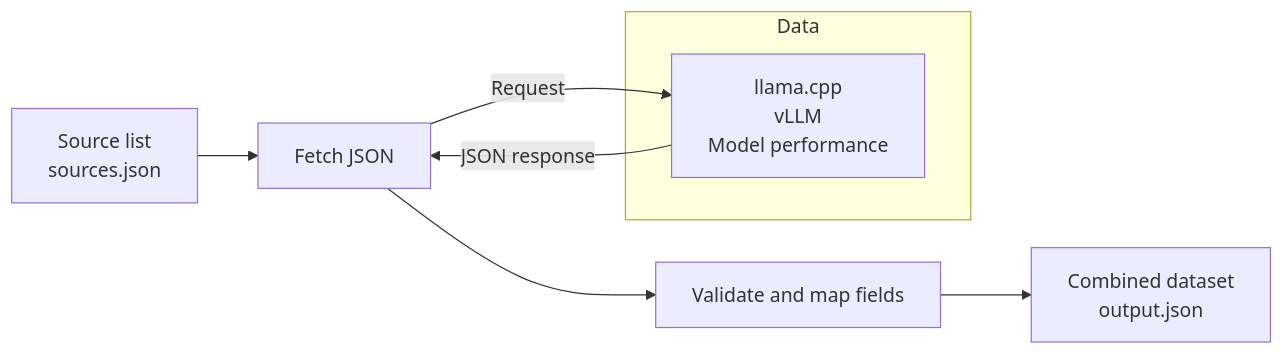
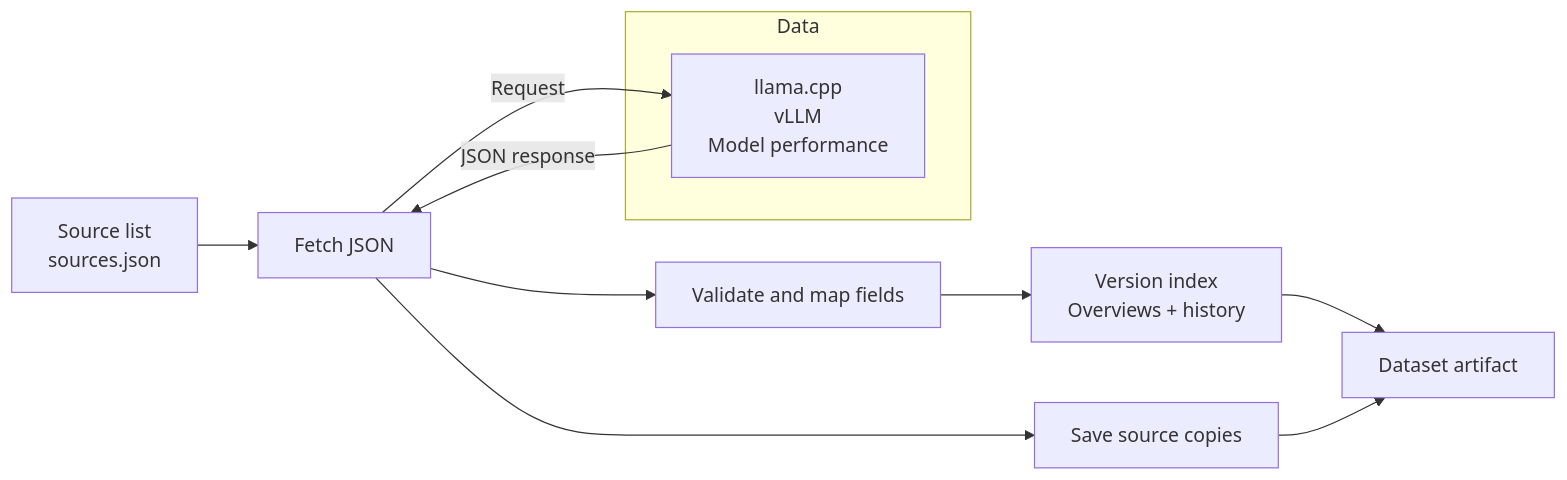
One commit to lemonade-sdk/rocm-readiness changed the first of 2 diagrams in docs/data-flow.md. Above: the diagram before and after it, drawn with Mermaid. The commit also changed other lines of this file and 8 other files, not shown here.

````diff
--- a/docs/data-flow.md
+++ b/docs/data-flow.md
@@ -15,11 +15,14 @@
 ```mermaid
 flowchart LR
     Config["Source list<br/>sources.json"] --> Fetch["Fetch JSON"]
     subgraph Data["Data"]
         Sources["llama.cpp<br/>vLLM<br/>Model performance"]
     end
     Fetch -->|Request| Sources
     Sources -->|JSON response| Fetch
     Fetch --> Map["Validate and map fields"]
-    Map --> Output["Combined dataset<br/>output.json"]
+    Map --> Output["Version index<br/>Overviews + history"]
+    Fetch --> Copies["Save source copies"]
+    Output --> Artifact["Dataset artifact"]
+    Copies --> Artifact
 ```
````
